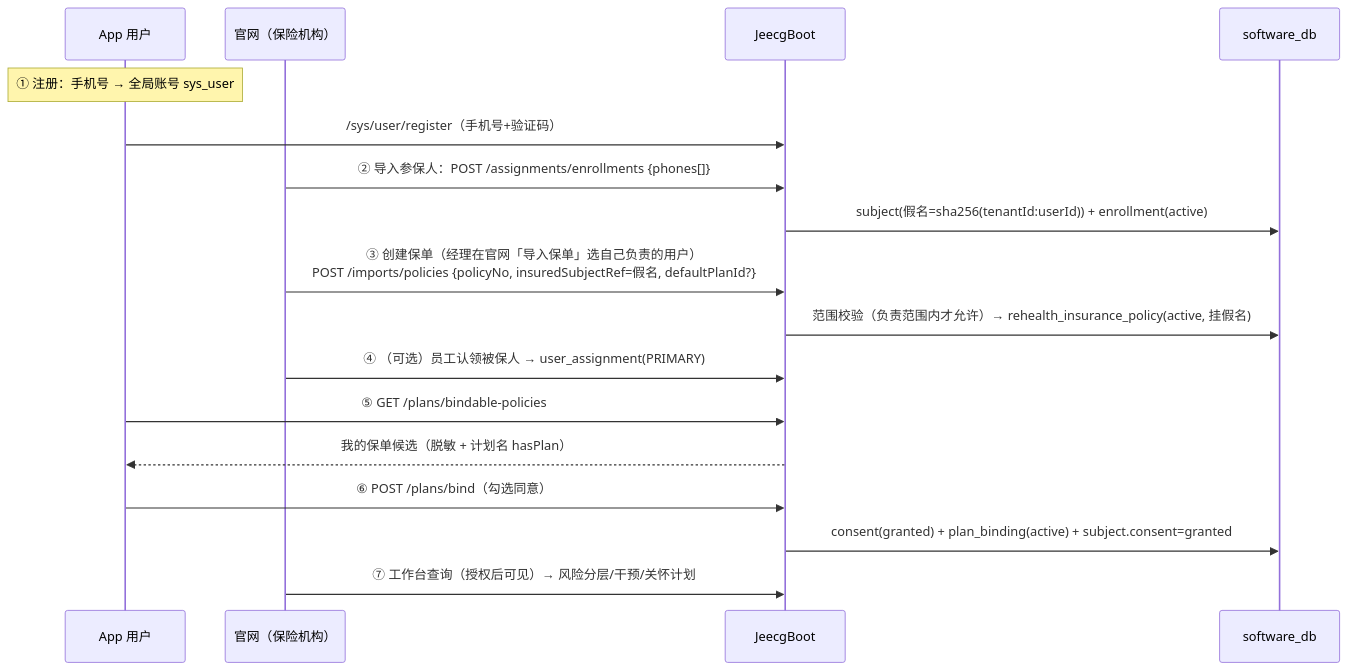
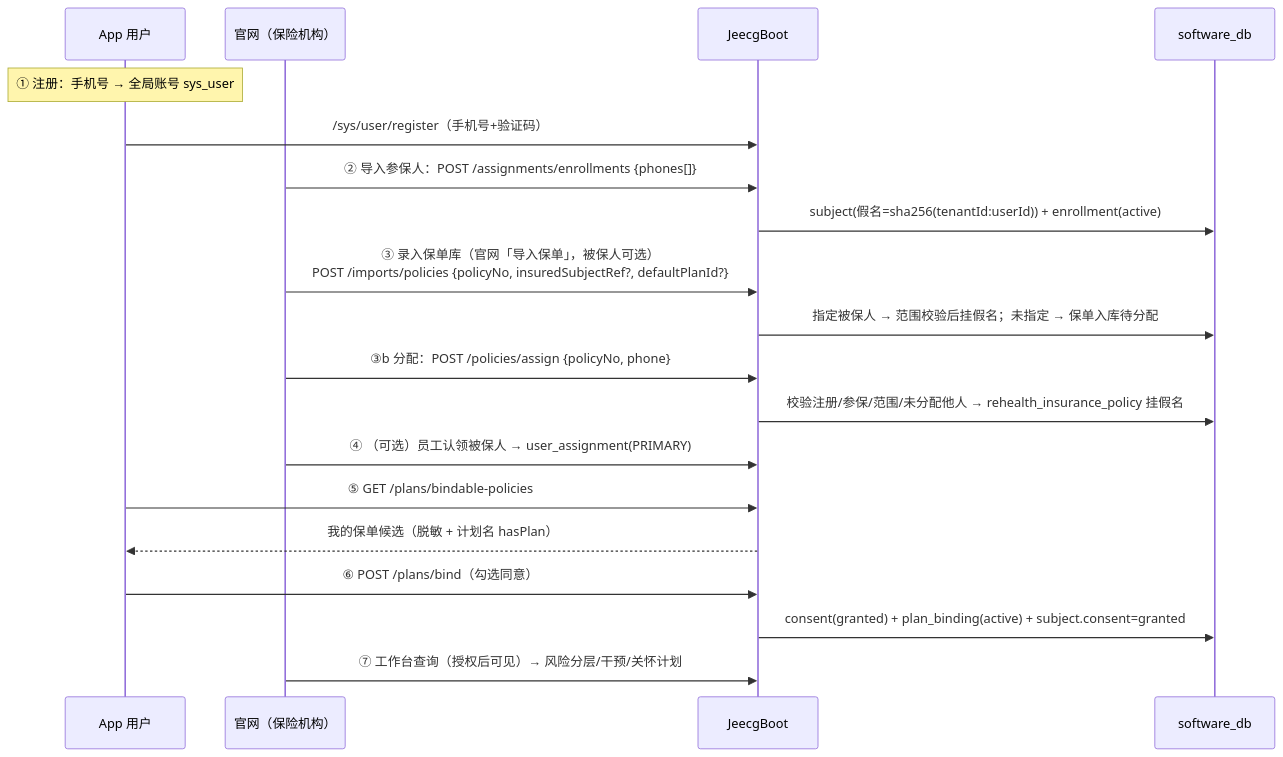
Before and after one commit to wjmlong/rehealth_tongbu: the eighth of 8 diagrams in docs/保险侧保单创建与派发流程.md, drawn with Mermaid. The commit also changed other lines of this file and 11 other files, not shown here.

````diff
--- a/docs/保险侧保单创建与派发流程.md
+++ b/docs/保险侧保单创建与派发流程.md
@@ -188,19 +211,21 @@
 ```mermaid
 sequenceDiagram
     participant APP as App 用户
     participant SITE as 官网（保险机构）
     participant JEE as JeecgBoot
     participant DB as software_db
     Note over APP: ① 注册：手机号 → 全局账号 sys_user
     APP->>JEE: /sys/user/register（手机号+验证码）
     SITE->>JEE: ② 导入参保人：POST /assignments/enrollments {phones[]}
     JEE->>DB: subject(假名=sha256(tenantId:userId)) + enrollment(active)
-    SITE->>JEE: ③ 创建保单（经理在官网「导入保单」选自己负责的用户）<br>POST /imports/policies {policyNo, insuredSubjectRef=假名, defaultPlanId?}
-    JEE->>DB: 范围校验（负责范围内才允许）→ rehealth_insurance_policy(active, 挂假名)
+    SITE->>JEE: ③ 录入保单库（官网「导入保单」，被保人可选）<br>POST /imports/policies {policyNo, insuredSubjectRef?, defaultPlanId?}
+    JEE->>DB: 指定被保人 → 范围校验后挂假名；未指定 → 保单入库待分配
+    SITE->>JEE: ③b 分配：POST /policies/assign {policyNo, phone}
+    JEE->>DB: 校验注册/参保/范围/未分配他人 → rehealth_insurance_policy 挂假名
     SITE->>JEE: ④ （可选）员工认领被保人 → user_assignment(PRIMARY)
     APP->>JEE: ⑤ GET /plans/bindable-policies
     JEE-->>APP: 我的保单候选（脱敏 + 计划名 hasPlan）
     APP->>JEE: ⑥ POST /plans/bind（勾选同意）
     JEE->>DB: consent(granted) + plan_binding(active) + subject.consent=granted
     SITE->>JEE: ⑦ 工作台查询（授权后可见）→ 风险分层/干预/关怀计划
 ```
````
